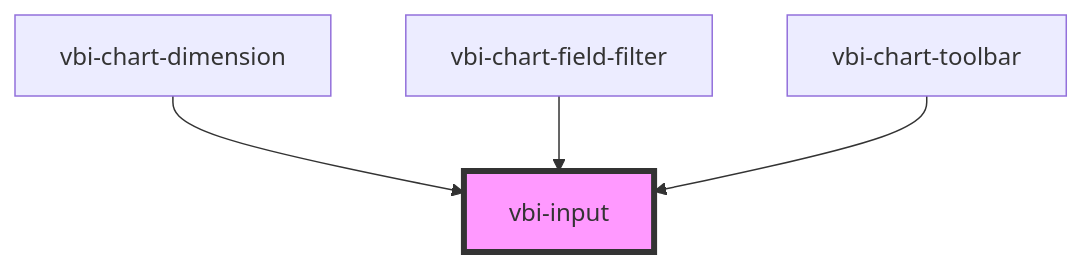
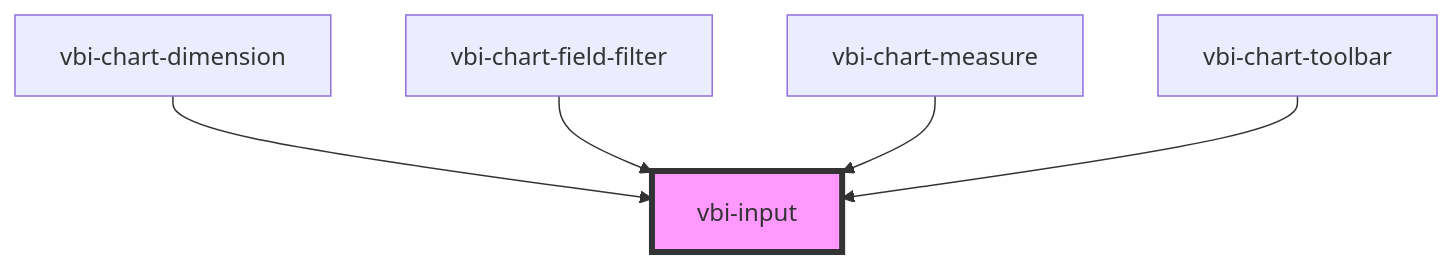
One commit to Ditto190/VBI-modme changed the diagram in packages/vbi-component/src/components/ui/vbi-input/readme.md. Above: the diagram before and after it, drawn with Mermaid. The commit also changed other lines of this file and 17 other files, not shown here.

Commit message:
feat(chart): add vbi-chart-measure to chart shelf panel

````diff
--- a/packages/vbi-component/src/components/ui/vbi-input/readme.md
+++ b/packages/vbi-component/src/components/ui/vbi-input/readme.md
@@ -50,7 +51,8 @@
 ```mermaid
 graph TD;
   vbi-chart-dimension --> vbi-input
   vbi-chart-field-filter --> vbi-input
+  vbi-chart-measure --> vbi-input
   vbi-chart-toolbar --> vbi-input
   style vbi-input fill:#f9f,stroke:#333,stroke-width:4px
 ```
````
